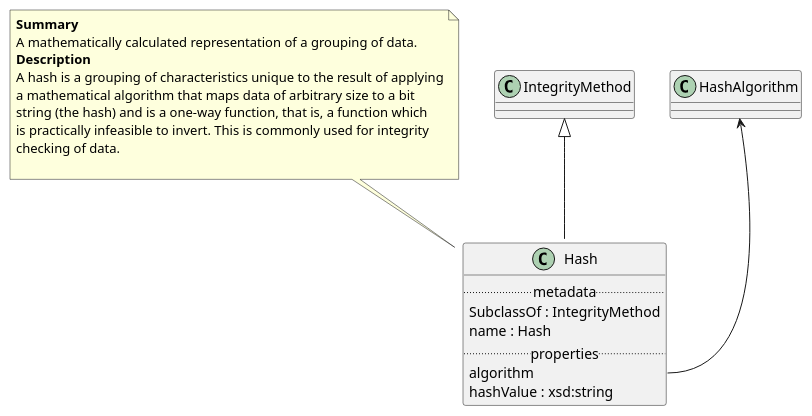
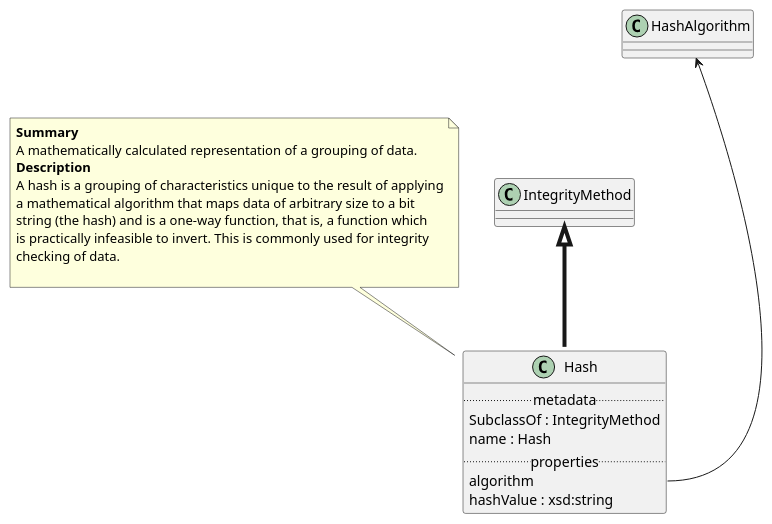
The diagram in Classes/Hash.puml (maxhbr/spec-parser.hs), drawn with PlantUML before and after one commit. The commit also changed 61 other files, not shown here.

```diff
--- a/Classes/Hash.puml
+++ b/Classes/Hash.puml
@@ -1,23 +1,23 @@
 @startuml
 class Hash {
 .. metadata ..
     SubclassOf : IntegrityMethod
     name : Hash
 .. properties ..
     algorithm
     hashValue : xsd:string
 }
 note top of Hash
 <b>Summary</b>
 A mathematically calculated representation of a grouping of data.
 <b>Description</b>
 A hash is a grouping of characteristics unique to the result of applying
 a mathematical algorithm that maps data of arbitrary size to a bit
 string (the hash) and is a one-way function, that is, a function which
 is practically infeasible to invert. This is commonly used for integrity
 checking of data.
 
 end note
-"IntegrityMethod" <|-- "Hash"
-"HashAlgorithm" <-- "Hash::algorithm"
+"IntegrityMethod" <|-[thickness=4]- "Hash"
+"HashAlgorithm" <--- "Hash::algorithm"
 @enduml
```
